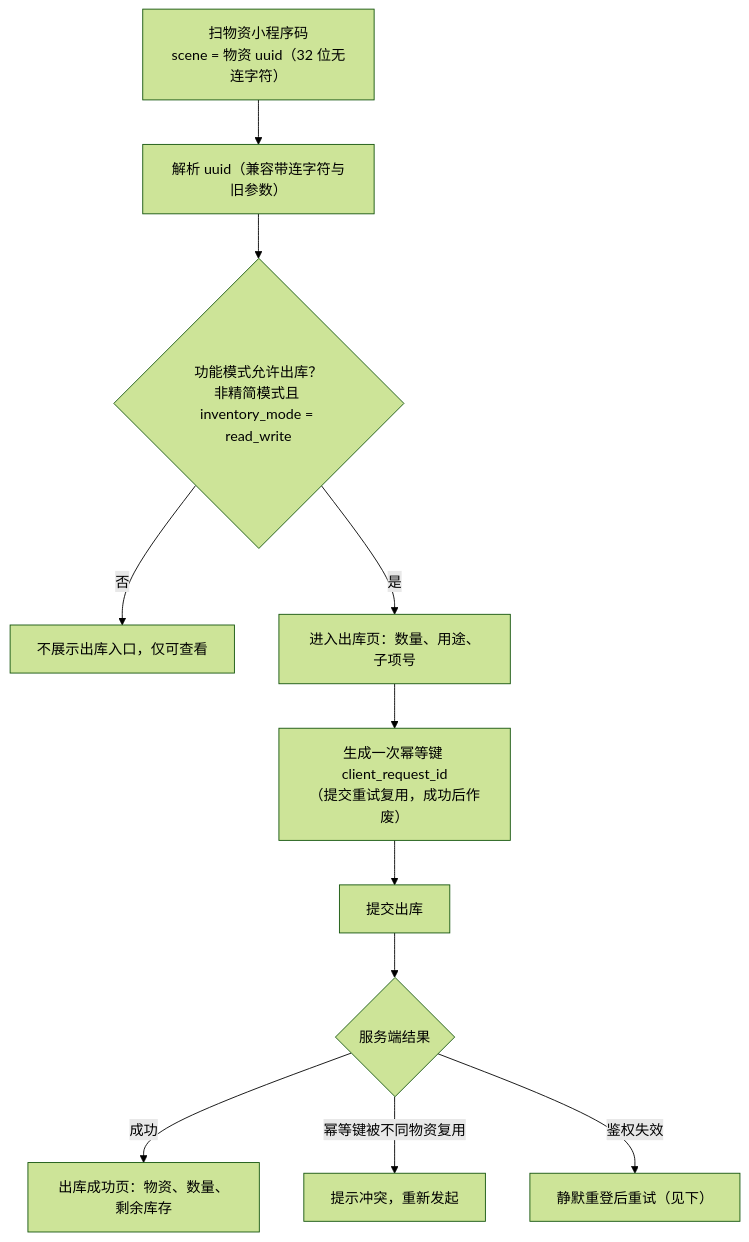
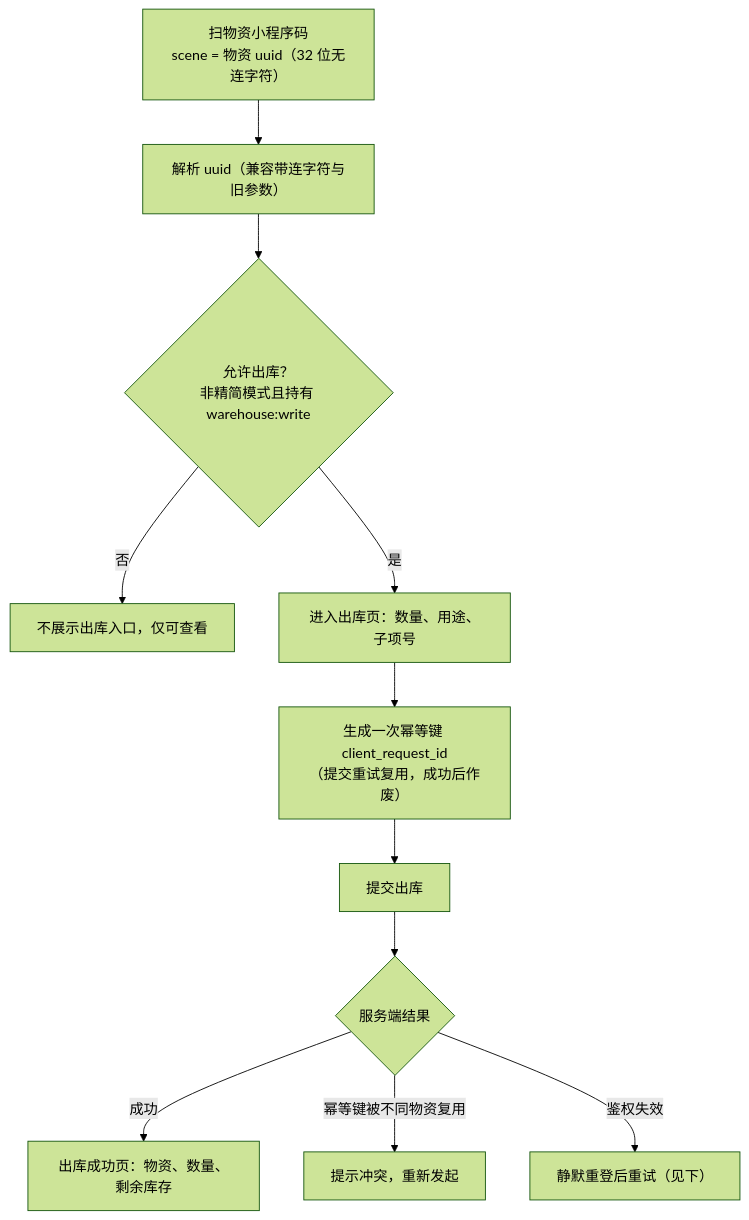
Before and after one commit to Sakana-1314/Electrical-Manager: the sixth of 9 diagrams in docs/websites/pages/dev-architecture.md, drawn with Mermaid (forest theme). The commit also changed other lines of this file and 86 other files, not shown here.

````diff
--- a/docs/websites/pages/dev-architecture.md
+++ b/docs/websites/pages/dev-architecture.md
@@ -1019,13 +1029,13 @@
 ```mermaid
 flowchart TD
     A["扫物资小程序码<br/>scene = 物资 uuid（32 位无连字符）"] --> B["解析 uuid（兼容带连字符与旧参数）"]
-    B --> C{"功能模式允许出库？<br/>非精简模式且 inventory_mode = read_write"}
+    B --> C{"允许出库？<br/>非精简模式且持有 warehouse:write"}
     C -- "否" --> D["不展示出库入口，仅可查看"]
     C -- "是" --> E["进入出库页：数量、用途、子项号"]
     E --> F["生成一次幂等键 client_request_id<br/>（提交重试复用，成功后作废）"]
     F --> G["提交出库"]
     G --> H{"服务端结果"}
     H -- "成功" --> I["出库成功页：物资、数量、剩余库存"]
     H -- "幂等键被不同物资复用" --> J["提示冲突，重新发起"]
     H -- "鉴权失效" --> K["静默重登后重试（见下）"]
 ```
````
